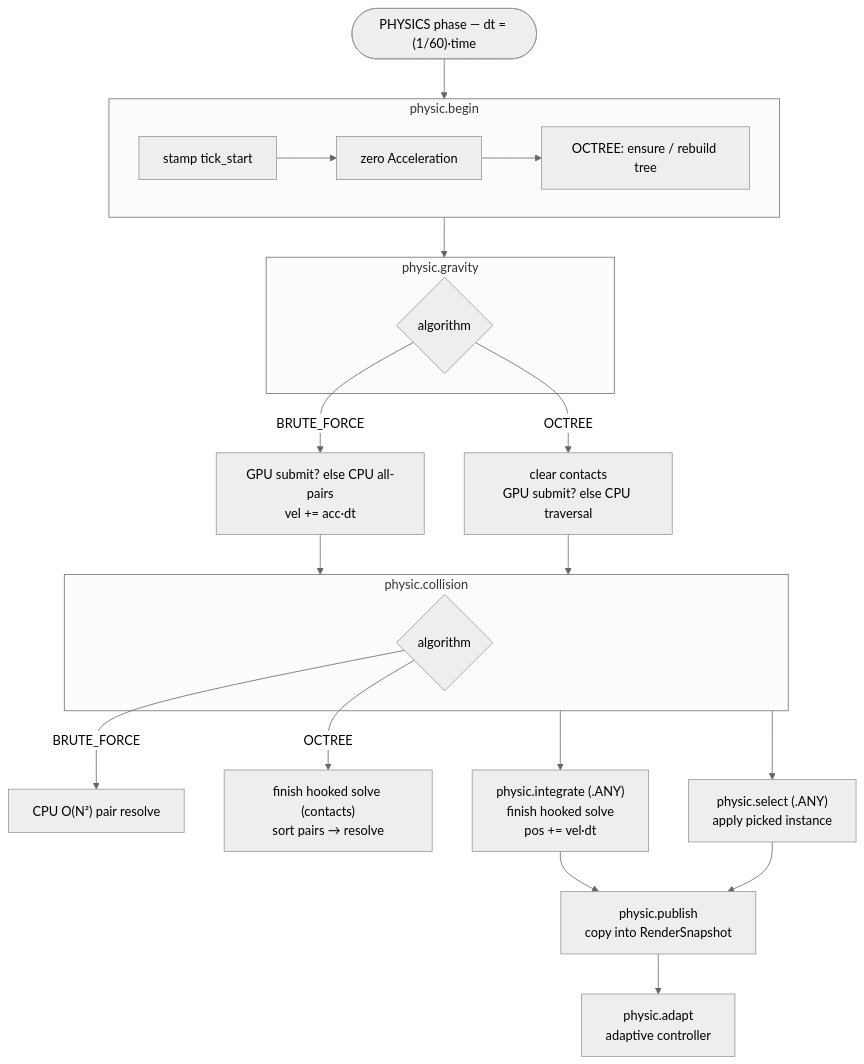
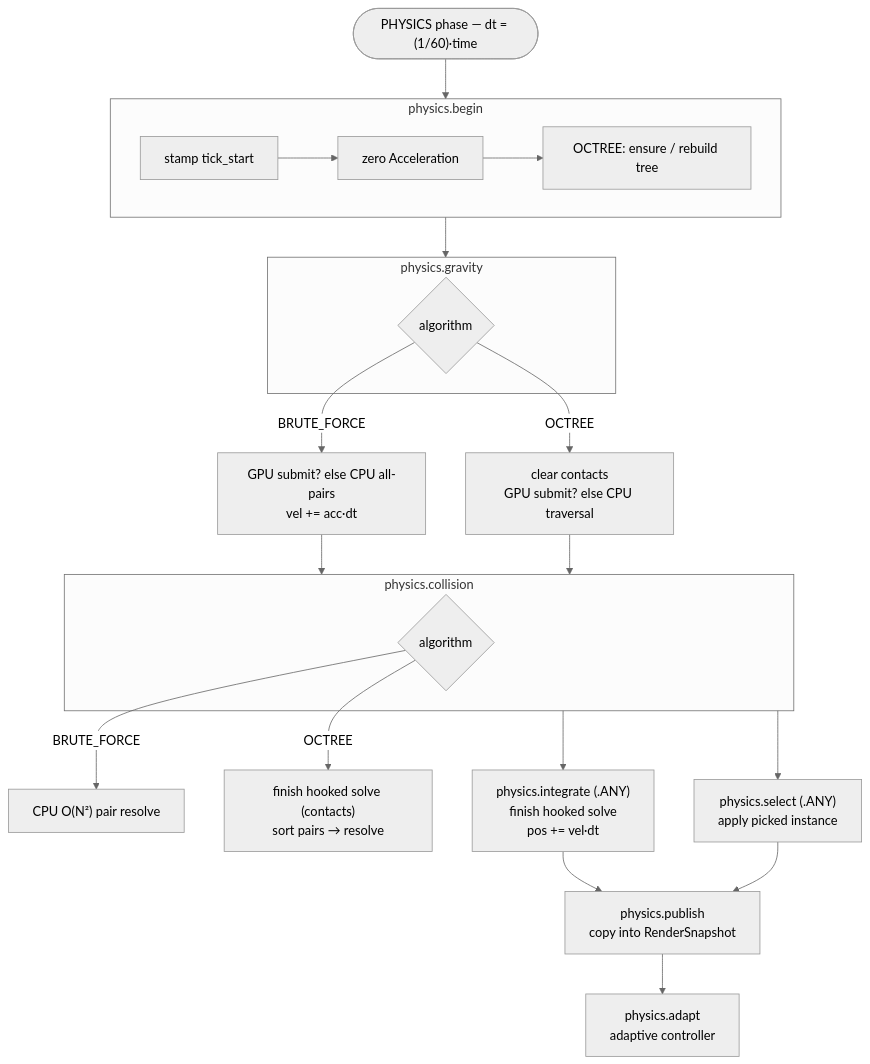
Before and after one commit to TanukiConDos/Gravity-Simulator: the first of 5 diagrams in docs/physics.md, drawn with Mermaid (neutral theme). The commit also changed other lines of this file and 115 other files, not shown here.

````diff
--- a/docs/physics.md
+++ b/docs/physics.md
@@ -25,31 +25,31 @@
 ```mermaid
 flowchart TD
     tick(["PHYSICS phase — dt = (1/60)·time"]) --> begin
 
-    subgraph begin["physic.begin"]
+    subgraph begin["physics.begin"]
         stamp["stamp tick_start"] --> zero["zero Acceleration"] --> ensure["OCTREE: ensure / rebuild tree"]
     end
 
     begin --> gravity
 
-    subgraph gravity["physic.gravity"]
+    subgraph gravity["physics.gravity"]
         gdir{"algorithm"}
     end
     gdir -->|"BRUTE_FORCE"| bf["GPU submit? else CPU all-pairs<br/>vel += acc·dt"]
     gdir -->|"OCTREE"| ot["clear contacts<br/>GPU submit? else CPU traversal"]
 
     bf --> collision
     ot --> collision
 
-    subgraph collision["physic.collision"]
+    subgraph collision["physics.collision"]
         cdir{"algorithm"}
     end
     cdir -->|"BRUTE_FORCE"| bfc["CPU O(N²) pair resolve"]
     cdir -->|"OCTREE"| otc["finish hooked solve (contacts)<br/>sort pairs → resolve"]
 
-    collision --> integrate["physic.integrate (.ANY)<br/>finish hooked solve<br/>pos += vel·dt"]
-    collision --> select["physic.select (.ANY)<br/>apply picked instance"]
-    integrate --> publish["physic.publish<br/>copy into RenderSnapshot"]
+    collision --> integrate["physics.integrate (.ANY)<br/>finish hooked solve<br/>pos += vel·dt"]
+    collision --> select["physics.select (.ANY)<br/>apply picked instance"]
+    integrate --> publish["physics.publish<br/>copy into RenderSnapshot"]
     select --> publish
-    publish --> adapt["physic.adapt<br/>adaptive controller"]
+    publish --> adapt["physics.adapt<br/>adaptive controller"]
 ```
````
